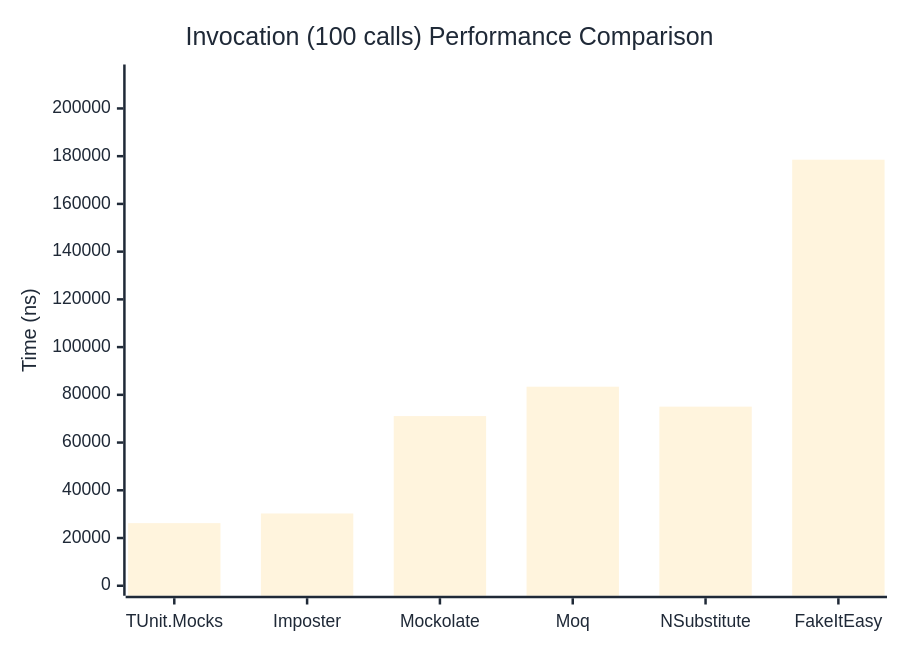
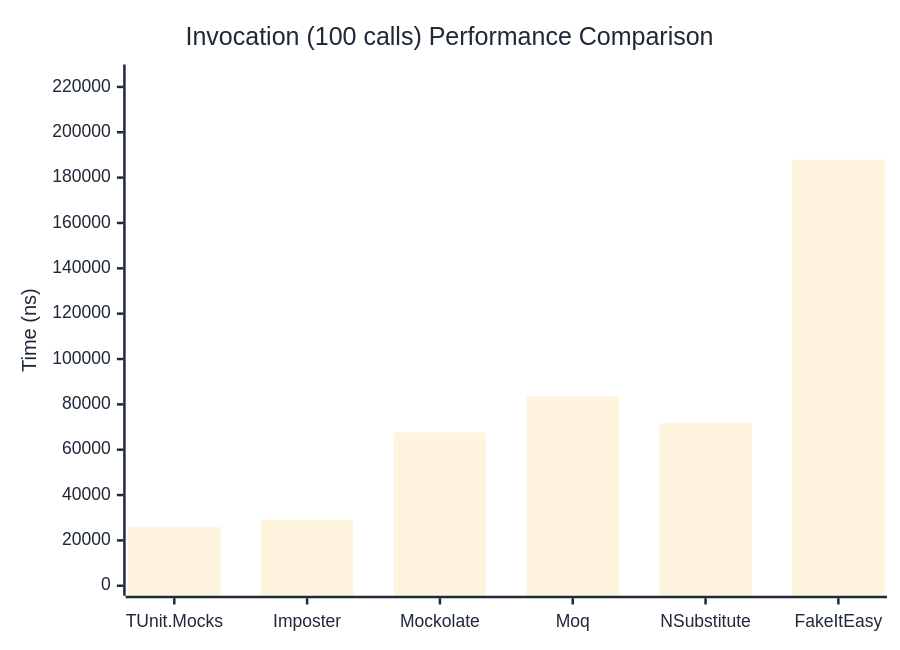
The third of 3 diagrams in docs/docs/benchmarks/mocks/Invocation.md (thomhurst/TUnit), drawn with Mermaid before and after one commit. The commit also changed other lines of this file and 14 other files, not shown here.

````diff
--- a/docs/docs/benchmarks/mocks/Invocation.md
+++ b/docs/docs/benchmarks/mocks/Invocation.md
@@ -110,27 +110,27 @@
 ```mermaid
 %%{init: {
   'theme':'base',
   'themeVariables': {
     'primaryColor': '#2563eb',
     'primaryTextColor': '#1f2937',
     'primaryBorderColor': '#1e40af',
     'lineColor': '#6b7280',
     'secondaryColor': '#7c3aed',
     'tertiaryColor': '#dc2626',
     'background': '#ffffff',
     'pie1': '#2563eb',
     'pie2': '#7c3aed',
     'pie3': '#dc2626',
     'pie4': '#f59e0b',
     'pie5': '#10b981',
     'pie6': '#06b6d4',
     'pie7': '#ec4899',
     'pie8': '#6366f1'
   }
 }}%%
 xychart-beta
   title "Invocation (100 calls) Performance Comparison"
   x-axis ["TUnit.Mocks", "Imposter", "Mockolate", "Moq", "NSubstitute", "FakeItEasy"]
-  y-axis "Time (ns)" 0 --> 214227
-  bar [26238.6, 30285.1, 71103.9, 83409, 75049.3, 178521.9]
+  y-axis "Time (ns)" 0 --> 225480
+  bar [25888.9, 29197.1, 67594.1, 83544, 71649.6, 187899.2]
 ```
````
